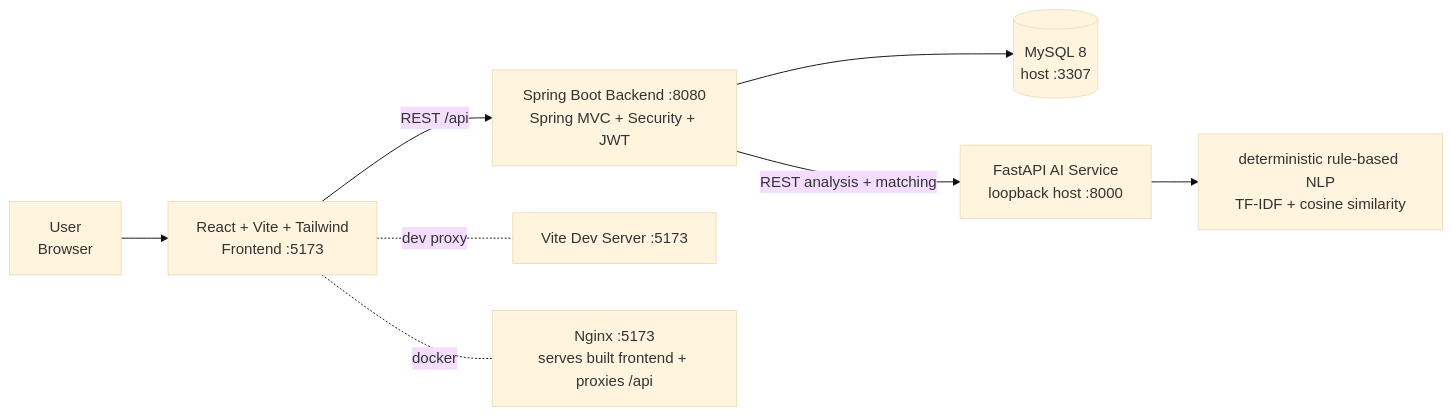
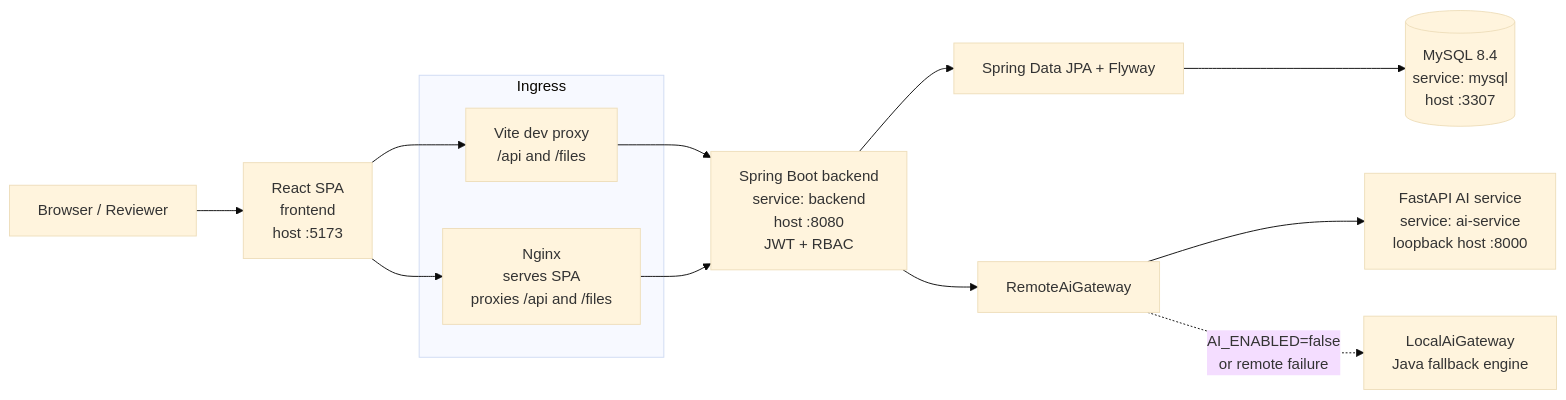
The diagram in README.md (MuktiKumari983/setu), drawn with Mermaid (base theme) before and after one commit. The commit also changed other lines of this file and 7 other files, not shown here.

````diff
--- a/README.md
+++ b/README.md
@@ -73,10 +112,22 @@
 ```mermaid
 flowchart LR
-    U[User<br/>Browser] --> F[React + Vite + Tailwind<br/>Frontend :5173]
-    F -->|REST /api| B[Spring Boot Backend :8080<br/>Spring MVC + Security + JWT]
-    B --> M[(MySQL 8<br/>host :3307)]
-    B -->|REST analysis + matching| A[FastAPI AI Service<br/>loopback host :8000]
-    A --> P[deterministic rule-based NLP<br/>TF-IDF + cosine similarity]
-    F -.dev proxy.- V[Vite Dev Server :5173]
-    F -.docker.- N[Nginx :5173<br/>serves built frontend + proxies /api]
+    U[Browser / Reviewer] --> F[React SPA<br/>frontend<br/>host :5173]
+
+    subgraph Ingress
+        V[Vite dev proxy<br/>/api and /files]
+        N[Nginx<br/>serves SPA<br/>proxies /api and /files]
+    end
+
+    F --> V
+    F --> N
+    V --> B
+    N --> B
+
+    B[Spring Boot backend<br/>service: backend<br/>host :8080<br/>JWT + RBAC]
+    B --> J[Spring Data JPA + Flyway]
+    J --> M[(MySQL 8.4<br/>service: mysql<br/>host :3307)]
+
+    B --> G[RemoteAiGateway]
+    G --> A[FastAPI AI service<br/>service: ai-service<br/>loopback host :8000]
+    G -. AI_ENABLED=false<br/>or remote failure .-> L[LocalAiGateway<br/>Java fallback engine]
 ```
````
